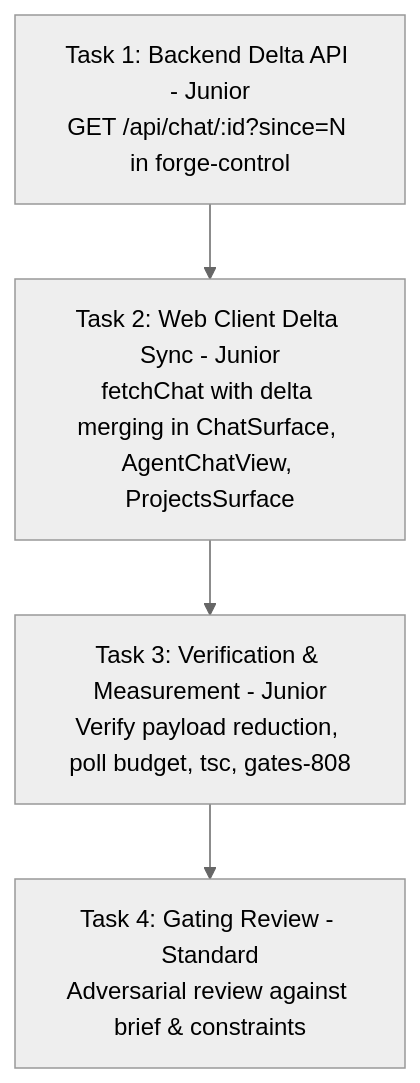
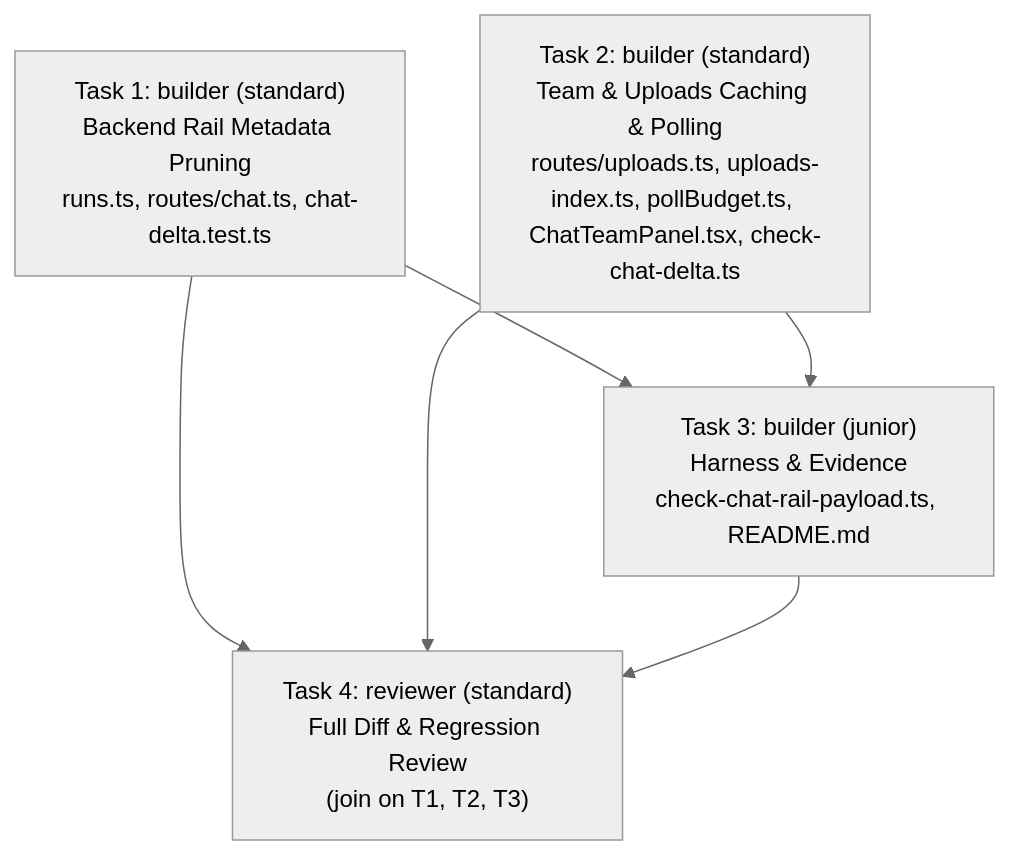
One commit to konradschrein-star/AI-Operating-System changed the second of 2 diagrams in PLAN.md. Above: the diagram before and after it, drawn with Mermaid (neutral theme). The commit also changed other lines of this file and 3 other files, not shown here.

Commit message:
feat(chat): prune metadata payload on chat rail and search list via trimRailMetadata

````diff
--- a/PLAN.md
+++ b/PLAN.md
@@ -101,6 +126,13 @@
 ```mermaid
 graph TD
-    T1[Task 1: Backend Delta API - Junior<br/>GET /api/chat/:id?since=N in forge-control] --> T2[Task 2: Web Client Delta Sync - Junior<br/>fetchChat with delta merging in ChatSurface, AgentChatView, ProjectsSurface]
-    T2 --> T3[Task 3: Verification & Measurement - Junior<br/>Verify payload reduction, poll budget, tsc, gates-808]
-    T3 --> T4[Task 4: Gating Review - Standard<br/>Adversarial review against brief & constraints]
+    T1["Task 1: builder (standard)<br/>Backend Rail Metadata Pruning<br/>runs.ts, routes/chat.ts, chat-delta.test.ts"]
+    T2["Task 2: builder (standard)<br/>Team & Uploads Caching & Polling<br/>routes/uploads.ts, uploads-index.ts, pollBudget.ts, ChatTeamPanel.tsx, check-chat-delta.ts"]
+    T3["Task 3: builder (junior)<br/>Harness & Evidence<br/>check-chat-rail-payload.ts, README.md"]
+    T4["Task 4: reviewer (standard)<br/>Full Diff & Regression Review<br/>(join on T1, T2, T3)"]
+
+    T1 --> T3
+    T2 --> T3
+    T1 --> T4
+    T2 --> T4
+    T3 --> T4
 ```
````
